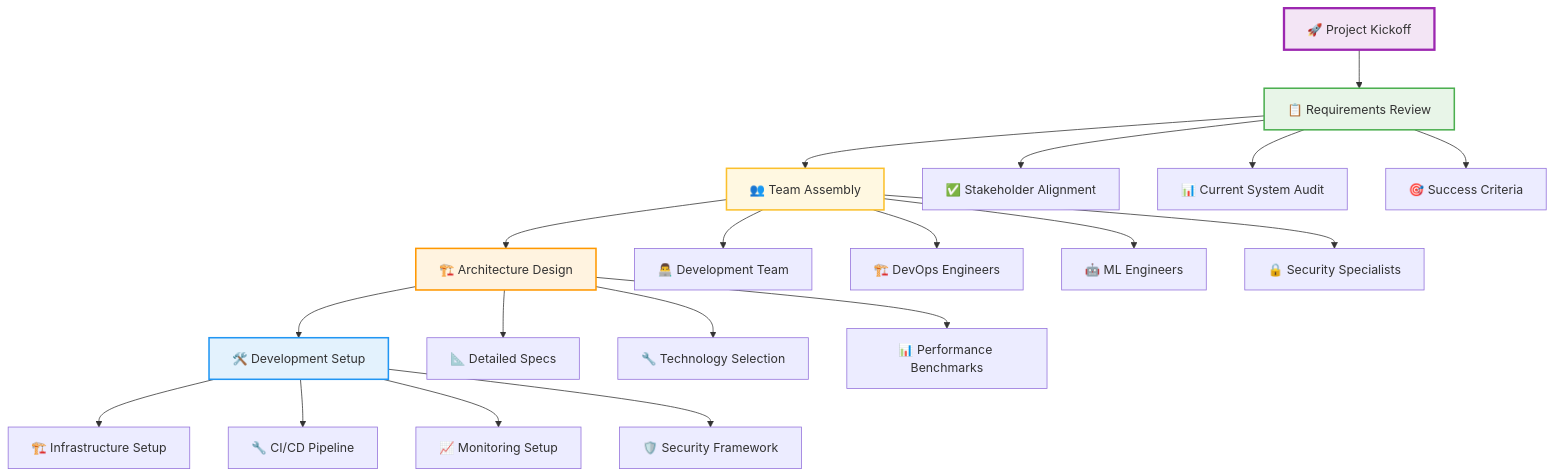
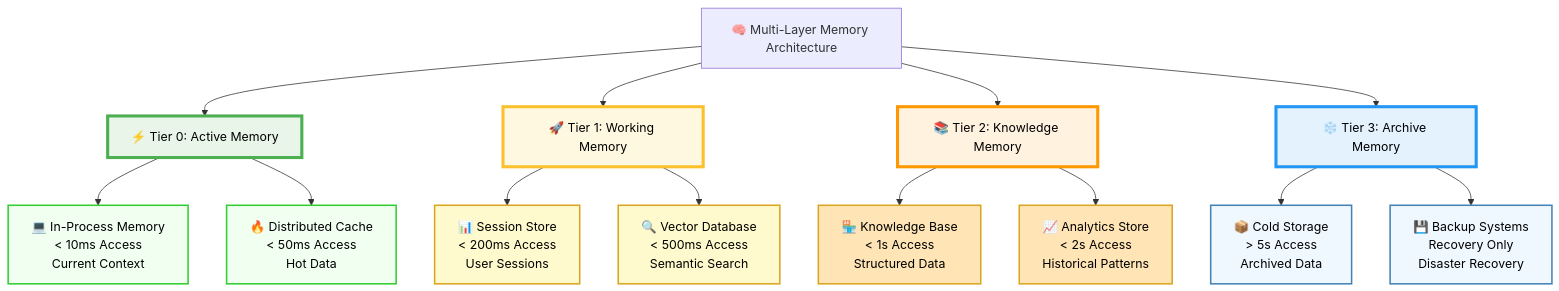
One commit to KaifAhmad1/memorae changed the ninth of 9 diagrams in README.md. Above: the diagram before and after it, drawn with Mermaid. The commit also changed other lines of this file, not shown here.

````diff
--- a/README.md
+++ b/README.md
@@ -578,32 +511,35 @@
 ```mermaid
 flowchart TD
-    A[🚀 Project Kickoff] --> B[📋 Requirements Review]
-    B --> C[👥 Team Assembly]
-    C --> D[🏗️ Architecture Design]
-    D --> E[🛠️ Development Setup]
+    A[🧠 Multi-Layer Memory Architecture] --> B[⚡ Tier 0: Active Memory]
+    A --> C[🚀 Tier 1: Working Memory]
+    A --> D[📚 Tier 2: Knowledge Memory]
+    A --> E[❄️ Tier 3: Archive Memory]
     
-    B --> B1[✅ Stakeholder Alignment]
-    B --> B2[📊 Current System Audit]
-    B --> B3[🎯 Success Criteria]
+    B --> B1[💻 In-Process Memory<br/>< 10ms Access<br/>Current Context]
+    B --> B2[🔥 Distributed Cache<br/>< 50ms Access<br/>Hot Data]
     
-    C --> C1[👨‍💻 Development Team]
-    C --> C2[🏗️ DevOps Engineers]
-    C --> C3[🤖 ML Engineers]
-    C --> C4[🔒 Security Specialists]
+    C --> C1[📊 Session Store<br/>< 200ms Access<br/>User Sessions]
+    C --> C2[🔍 Vector Database<br/>< 500ms Access<br/>Semantic Search]
     
-    D --> D1[📐 Detailed Specs]
-    D --> D2[🔧 Technology Selection]
-    D --> D3[📊 Performance Benchmarks]
+    D --> D1[🏪 Knowledge Base<br/>< 1s Access<br/>Structured Data]
+    D --> D2[📈 Analytics Store<br/>< 2s Access<br/>Historical Patterns]
     
-    E --> E1[🏗️ Infrastructure Setup]
-    E --> E2[🔧 CI/CD Pipeline]
-    E --> E3[📈 Monitoring Setup]
-    E --> E4[🛡️ Security Framework]
+    E --> E1[📦 Cold Storage<br/>> 5s Access<br/>Archived Data]
+    E --> E2[💾 Backup Systems<br/>Recovery Only<br/>Disaster Recovery]
     
-    %% Styling
-    style A fill:#f3e5f5,stroke:#9c27b0,stroke-width:3px
-    style B fill:#e8f5e8,stroke:#4caf50,stroke-width:2px
-    style C fill:#fff8e1,stroke:#fbc02d,stroke-width:2px
-    style D fill:#fff3e0,stroke:#ff9800,stroke-width:2px
-    style E fill:#e3f2fd,stroke:#2196f3,stroke-width:2px
+    %% Memory tier styling
+    style B fill:#e8f5e8,stroke:#4caf50,stroke-width:4px,color:#000
+    style C fill:#fff8e1,stroke:#fbc02d,stroke-width:4px,color:#000
+    style D fill:#fff3e0,stroke:#ff9800,stroke-width:4px,color:#000
+    style E fill:#e3f2fd,stroke:#2196f3,stroke-width:4px,color:#000
+    
+    %% Component styling
+    style B1 fill:#f0fff0,stroke:#32cd32,stroke-width:2px,color:#000
+    style B2 fill:#f0fff0,stroke:#32cd32,stroke-width:2px,color:#000
+    style C1 fill:#fffacd,stroke:#daa520,stroke-width:2px,color:#000
+    style C2 fill:#fffacd,stroke:#daa520,stroke-width:2px,color:#000
+    style D1 fill:#ffe4b5,stroke:#daa520,stroke-width:2px,color:#000
+    style D2 fill:#ffe4b5,stroke:#daa520,stroke-width:2px,color:#000
+    style E1 fill:#f0f8ff,stroke:#4682b4,stroke-width:2px,color:#000
+    style E2 fill:#f0f8ff,stroke:#4682b4,stroke-width:2px,color:#000
 ```
````
